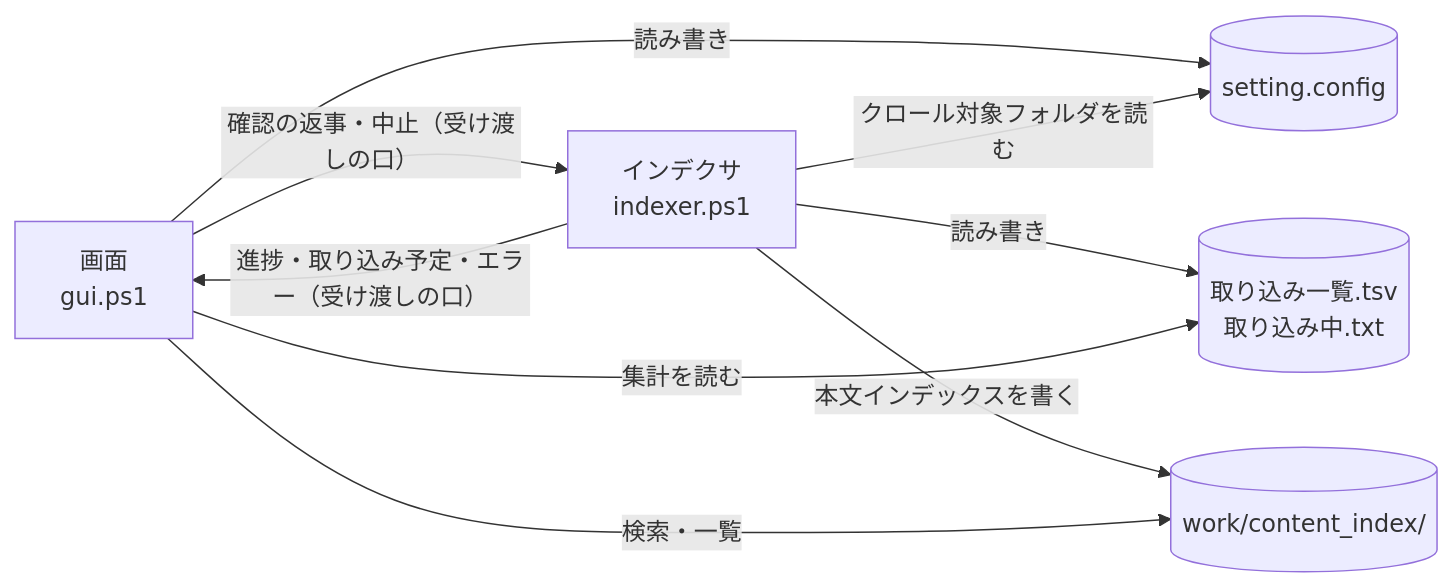
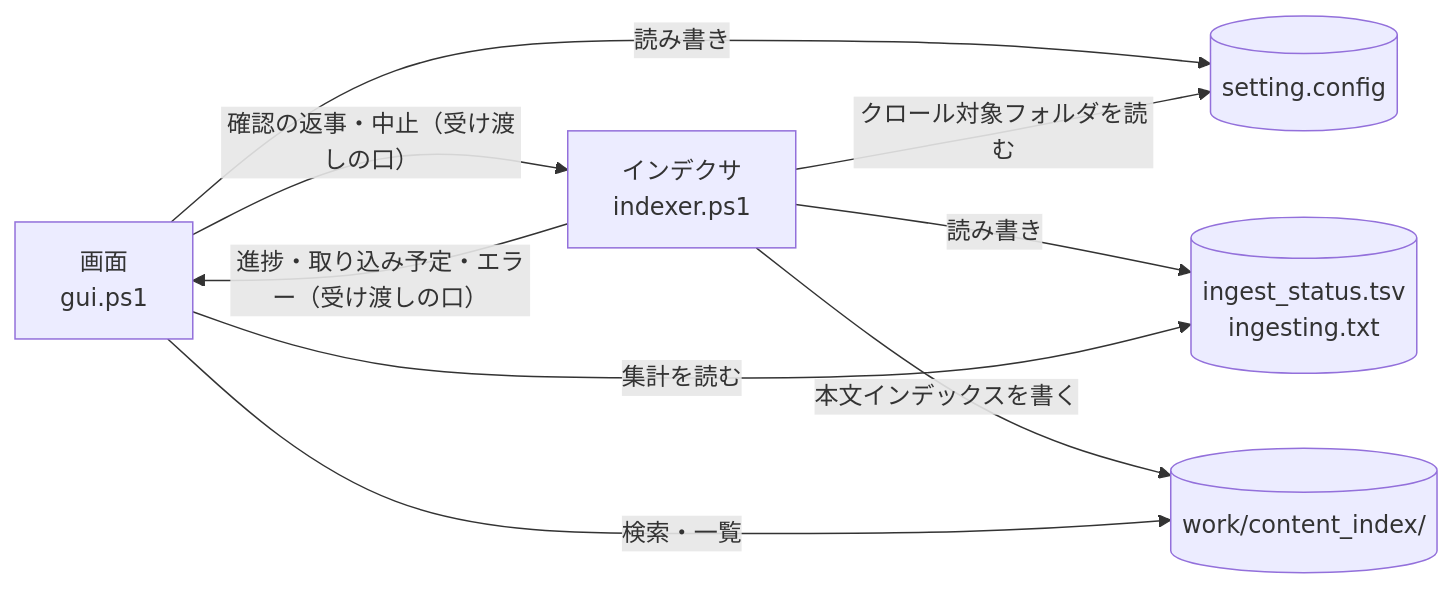
One commit to hsgwa/tebunko changed the diagram in docs/design/structure/io-files.md. Above: the diagram before and after it, drawn with Mermaid. The commit also changed other lines of this file and 38 other files, not shown here.

````diff
--- a/docs/design/structure/io-files.md
+++ b/docs/design/structure/io-files.md
@@ -7,16 +7,16 @@
 ```mermaid
 flowchart LR
     CFG[("setting.config")]
     GUI["画面<br>gui.ps1"]
     IDX["インデクサ<br>indexer.ps1"]
-    ST[("取り込み一覧.tsv<br>取り込み中.txt")]
+    ST[("ingest_status.tsv<br>ingesting.txt")]
     IX[("work/content_index/")]
     GUI -- 読み書き --> CFG
     IDX -- クロール対象フォルダを読む --> CFG
     IDX -- "進捗・取り込み予定・エラー（受け渡しの口）" --> GUI
     GUI -- "確認の返事・中止（受け渡しの口）" --> IDX
     IDX -- 読み書き --> ST
     IDX -- 本文インデックスを書く --> IX
     GUI -- 検索・一覧 --> IX
     GUI -- 集計を読む --> ST
 ```
````
